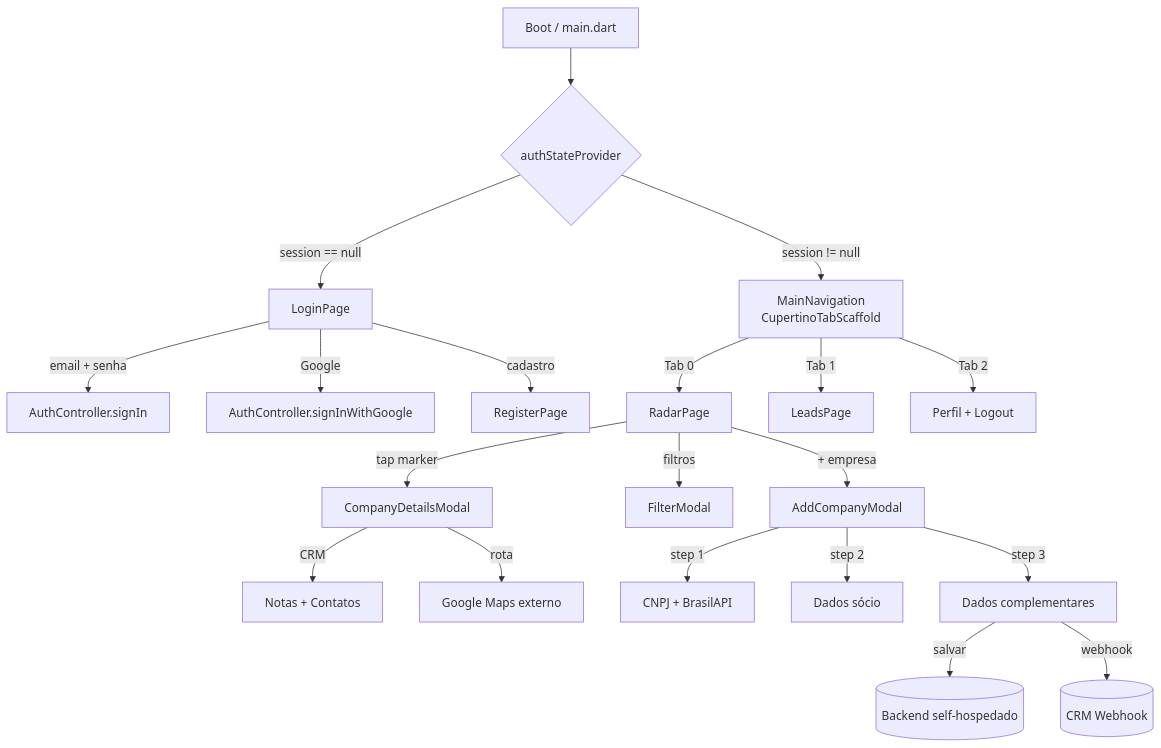
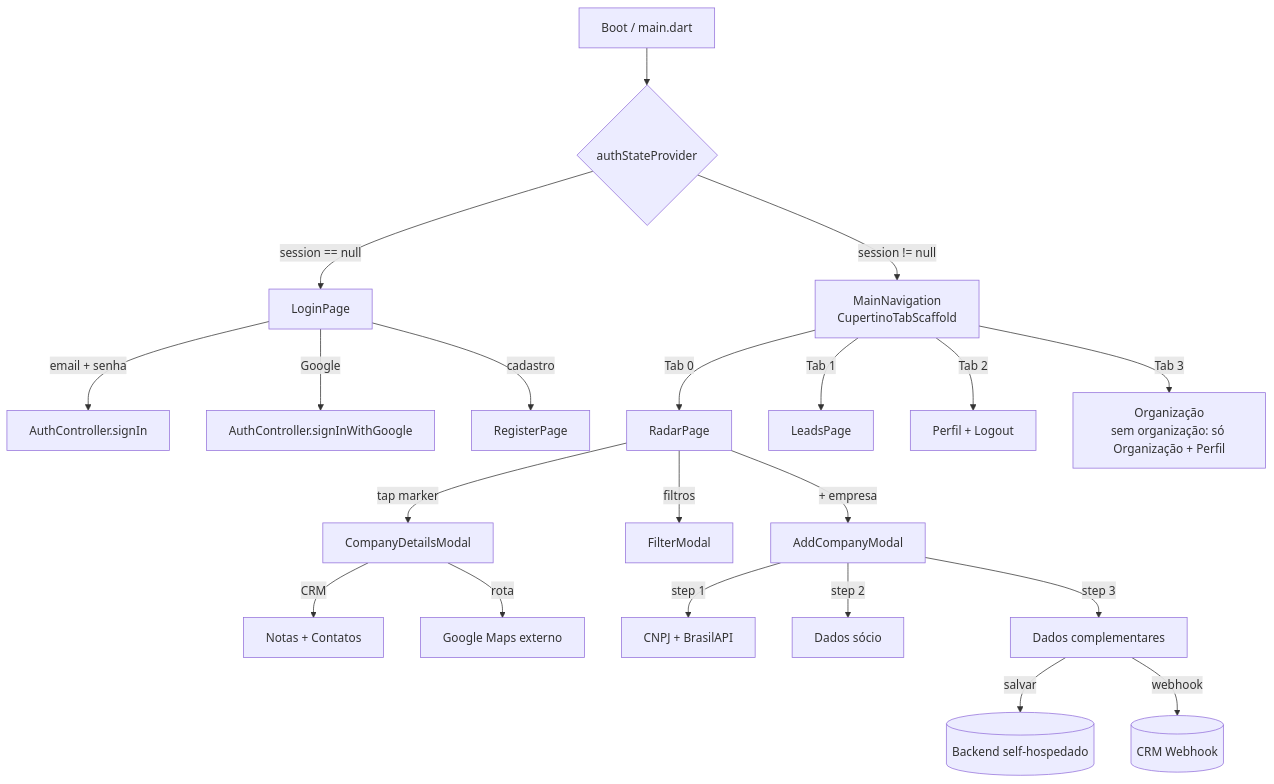
One commit to danielfercope/rumo-app changed the second of 2 diagrams in CLAUDE.md. Above: the diagram before and after it, drawn with Mermaid. The commit also changed other lines of this file and 82 other files, not shown here.

````diff
--- a/CLAUDE.md
+++ b/CLAUDE.md
@@ -153,27 +165,28 @@
 ```mermaid
 flowchart TD
     BOOT[Boot / main.dart] --> AUTH_STATE{authStateProvider}
     AUTH_STATE -->|session == null| LOGIN[LoginPage]
     AUTH_STATE -->|session != null| NAV[MainNavigation<br/>CupertinoTabScaffold]
 
     LOGIN -->|email + senha| SIGN_IN[AuthController.signIn]
     LOGIN -->|Google| GOOGLE[AuthController.signInWithGoogle]
     LOGIN -->|cadastro| REGISTER[RegisterPage]
 
     NAV -->|Tab 0| RADAR[RadarPage]
     NAV -->|Tab 1| LEADS[LeadsPage]
     NAV -->|Tab 2| PROFILE_TAB[Perfil + Logout]
+    NAV -->|Tab 3| ORG_TAB[Organização<br/>sem organização: só Organização + Perfil]
 
     RADAR -->|tap marker| DETAILS[CompanyDetailsModal]
     RADAR -->|filtros| FILTER_MODAL[FilterModal]
     RADAR -->|+ empresa| ADD[AddCompanyModal]
 
     DETAILS -->|CRM| HS_NOTES_VIEW[Notas + Contatos]
     DETAILS -->|rota| MAPS[Google Maps externo]
 
     ADD -->|step 1| CNPJ_STEP[CNPJ + BrasilAPI]
     ADD -->|step 2| SOCIO_STEP[Dados sócio]
     ADD -->|step 3| COMP_STEP[Dados complementares]
     COMP_STEP -->|salvar| BACKEND[(Backend self-hospedado)]
     COMP_STEP -->|webhook| CRM[(CRM Webhook)]
 ```
````
